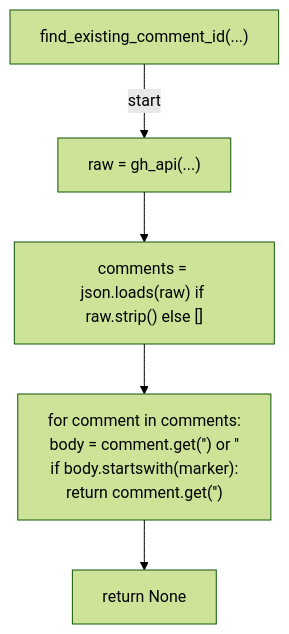
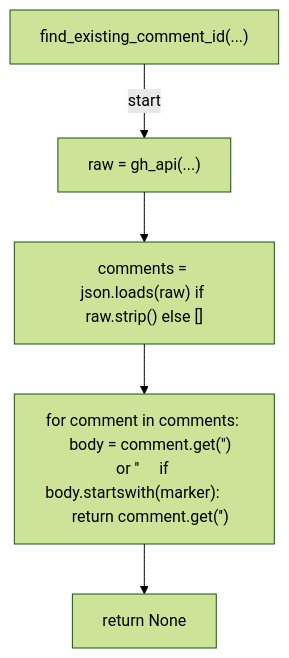
One commit to tvna/claude-md changed the tenth of 17 diagrams in docs/generated/scripts/ast/scan_non_ascii.md. Above: the diagram before and after it, drawn with Mermaid (forest theme). The commit also changed other lines of this file and 23 other files, not shown here.

First line of the commit message:
docs(generated): regenerate decision tree and workflow diagrams (batch 4/5)

````diff
--- a/docs/generated/scripts/ast/scan_non_ascii.md
+++ b/docs/generated/scripts/ast/scan_non_ascii.md
@@ -185,15 +185,12 @@
 ```mermaid
 flowchart TD
     N001["find_existing_comment_id(...)"]
     N002["raw = gh_api(...)"]
     N003["comments = json.loads(raw) if raw.strip() else []"]
-    N004["for comment in comments:
-    body = comment.get('<str>') or '<str>'
-    if body.startswith(marker):
-        return comment.get('<str>')"]
+    N004["for comment in comments:     body = comment.get('<str>') or '<str>'     if body.startswith(marker):         return comment.get('<str>')"]
     N005["return None"]
     N001 -->|"start"| N002
     N002 --> N003
     N003 --> N004
     N004 --> N005
 ```
````
